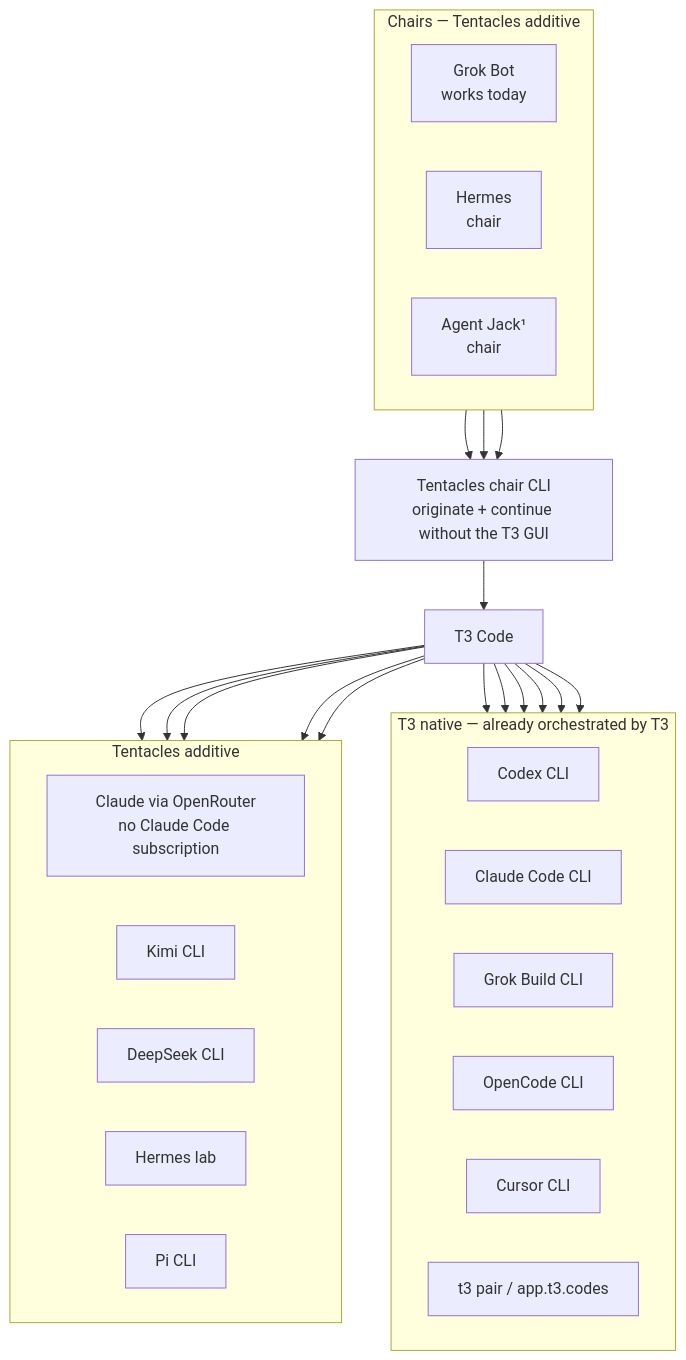
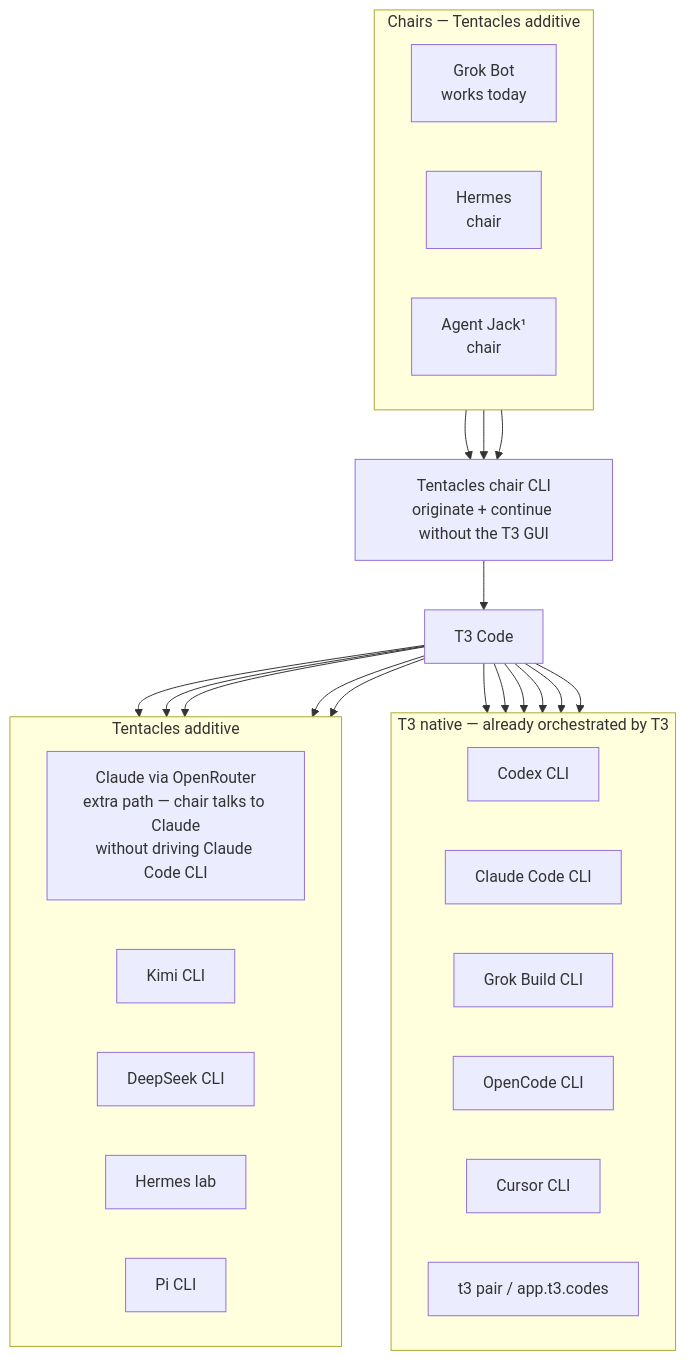
One commit to m-check1B/t3-code-tentacles changed the diagram in README.md. Above: the diagram before and after it, drawn with Mermaid. The commit also changed other lines of this file and 1 other file, not shown here.

Commit message:
docs: correct Claude OpenRouter positioning

````diff
--- a/README.md
+++ b/README.md
@@ -51,45 +54,45 @@
 ```mermaid
 flowchart TB
     subgraph Chairs["Chairs — Tentacles additive"]
         direction LR
         GrokBot["Grok Bot<br/>works today"]
         HermesChair["Hermes<br/>chair"]
         Jack["Agent Jack¹<br/>chair"]
     end
 
     GrokBot --> ChairCLI["Tentacles chair CLI<br/>originate + continue without the T3 GUI"]
     HermesChair --> ChairCLI
     Jack --> ChairCLI
     ChairCLI --> T3["T3 Code"]
 
     subgraph Native["T3 native — already orchestrated by T3"]
         direction LR
         Codex["Codex CLI"]
         ClaudeCode["Claude Code CLI"]
         GrokCLI["Grok Build CLI"]
         OpenCode["OpenCode CLI"]
         Cursor["Cursor CLI"]
         Pair["t3 pair / app.t3.codes"]
     end
 
     subgraph Additive["Tentacles additive"]
         direction LR
-        ClaudeOR["Claude via OpenRouter<br/>no Claude Code subscription"]
+        ClaudeOR["Claude via OpenRouter<br/>extra path — chair talks to Claude<br/>without driving Claude Code CLI"]
         Kimi["Kimi CLI"]
         DeepSeek["DeepSeek CLI"]
         HermesLab["Hermes lab"]
         Pi["Pi CLI"]
     end
 
     T3 --> Codex
     T3 --> ClaudeCode
     T3 --> GrokCLI
     T3 --> OpenCode
     T3 --> Cursor
     T3 --> Pair
     T3 --> ClaudeOR
     T3 --> Kimi
     T3 --> DeepSeek
     T3 --> HermesLab
     T3 --> Pi
 ```
````
